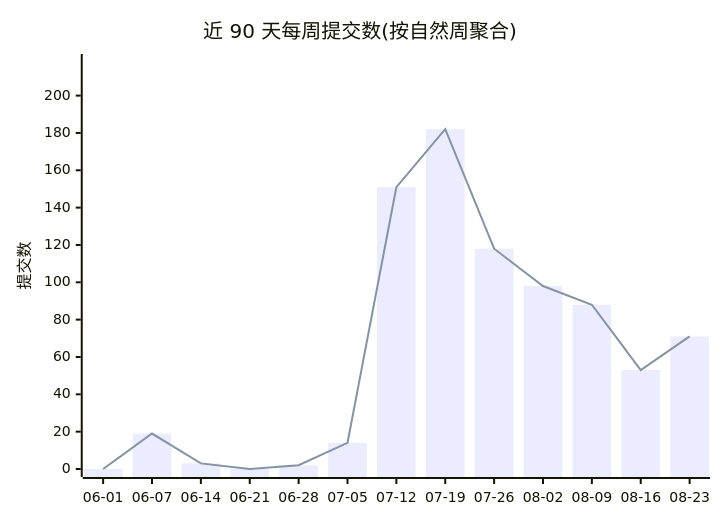
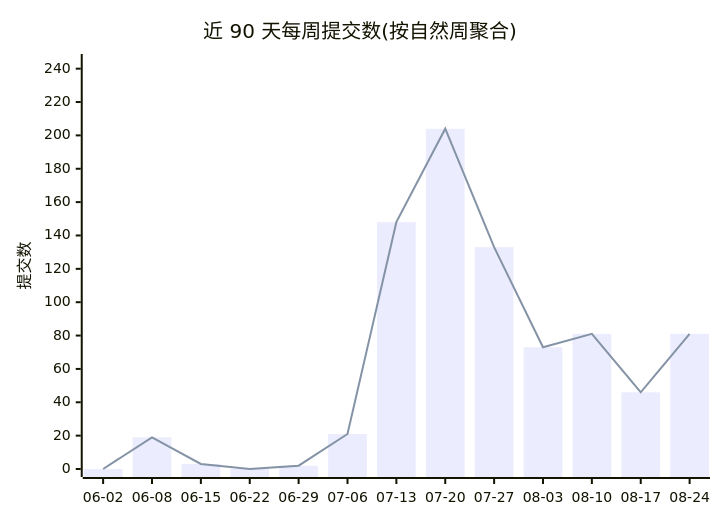
One commit to Conflux-Union/.github changed the first of 2 diagrams in profile/README.md. Above: the diagram before and after it, drawn with Mermaid. The commit also changed other lines of this file and 1 other file, not shown here.

````diff
--- a/profile/README.md
+++ b/profile/README.md
@@ -44,8 +44,8 @@
 ```mermaid
 xychart-beta
     title "近 90 天每周提交数(按自然周聚合)"
-    x-axis ["06-01", "06-07", "06-14", "06-21", "06-28", "07-05", "07-12", "07-19", "07-26", "08-02", "08-09", "08-16", "08-23"]
-    y-axis "提交数" 0 --> 218
-    bar [0, 19, 3, 0, 2, 14, 151, 182, 118, 98, 88, 53, 71]
-    line [0, 19, 3, 0, 2, 14, 151, 182, 118, 98, 88, 53, 71]
+    x-axis ["06-02", "06-08", "06-15", "06-22", "06-29", "07-06", "07-13", "07-20", "07-27", "08-03", "08-10", "08-17", "08-24"]
+    y-axis "提交数" 0 --> 244
+    bar [0, 19, 3, 0, 2, 21, 148, 204, 133, 73, 81, 46, 81]
+    line [0, 19, 3, 0, 2, 21, 148, 204, 133, 73, 81, 46, 81]
 ```
````
